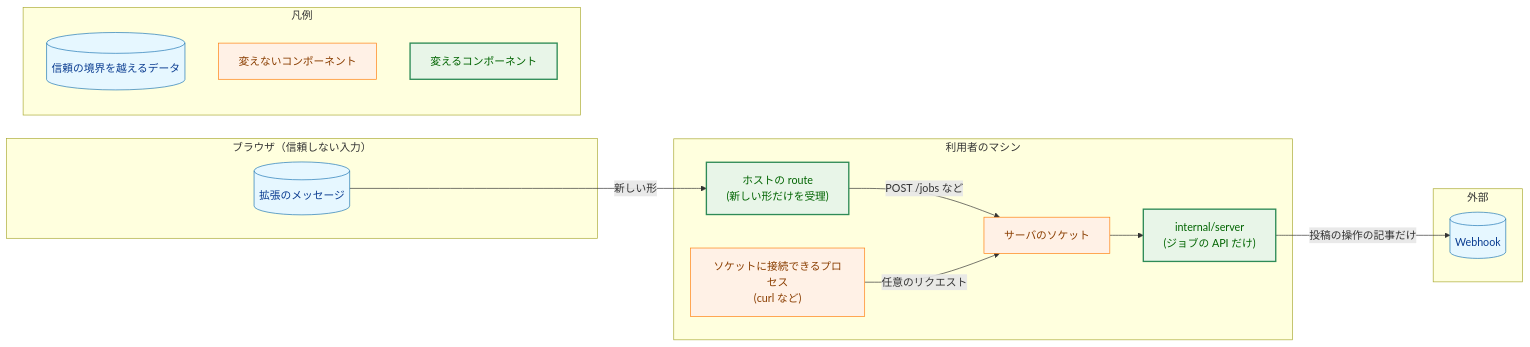
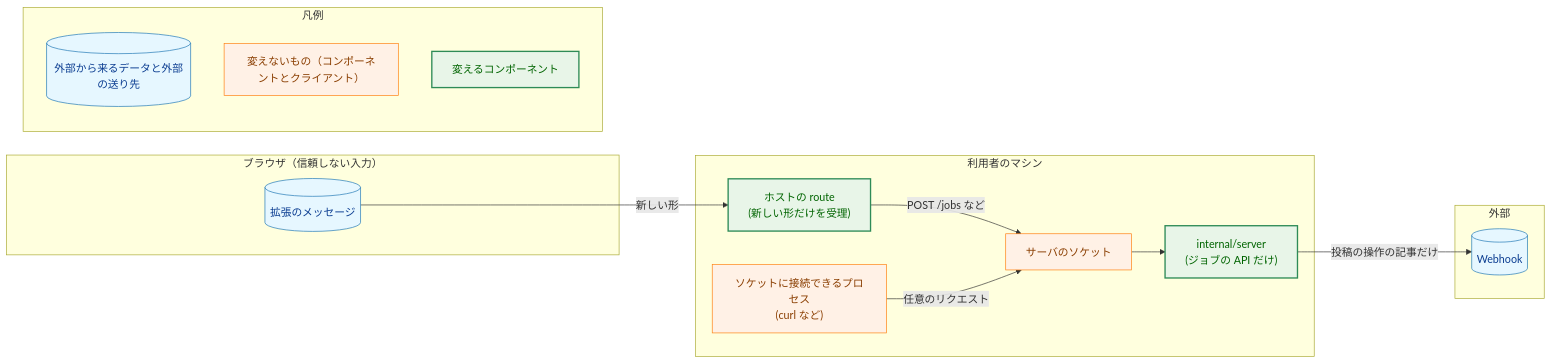
One commit to isseis/yt2column changed the fourth of 6 diagrams in docs/tasks/0059_remove_legacy_articles_api/02_architecture.md. Above: the diagram before and after it, drawn with Mermaid. The commit also changed other lines of this file, not shown here.

First line of the commit message:
docs(0059): address the architecture review findings

````diff
--- a/docs/tasks/0059_remove_legacy_articles_api/02_architecture.md
+++ b/docs/tasks/0059_remove_legacy_articles_api/02_architecture.md
@@ -349,38 +367,38 @@
 ```mermaid
 flowchart LR
     classDef data fill:#e6f7ff,stroke:#1f77b4,stroke-width:1px,color:#0b3d91;
     classDef process fill:#fff1e6,stroke:#ff7f0e,stroke-width:1px,color:#8a3e00;
     classDef enhanced fill:#e8f5e8,stroke:#2e8b57,stroke-width:2px,color:#006400;
 
     subgraph Browser["ブラウザ（信頼しない入力）"]
         MSG[("拡張のメッセージ")]
     end
     subgraph Local["利用者のマシン"]
         HOST["ホストの route<br>(新しい形だけを受理)"]
         SOCK["サーバのソケット"]
         SRV["internal/server<br>(ジョブの API だけ)"]
         CURL["ソケットに接続できるプロセス<br>(curl など)"]
     end
     subgraph External["外部"]
         HOOK[("Webhook")]
     end
 
     MSG -->|"新しい形"| HOST
     HOST -->|"POST /jobs など"| SOCK
     CURL -->|"任意のリクエスト"| SOCK
     SOCK --> SRV
     SRV -->|"投稿の操作の記事だけ"| HOOK
 
     class MSG,HOOK data
     class SOCK,CURL process
     class HOST,SRV enhanced
 
     subgraph Legend["凡例"]
-        L1[("信頼の境界を越えるデータ")]
-        L2["変えないコンポーネント"]
+        L1[("外部から来るデータと外部の送り先")]
+        L2["変えないもの（コンポーネントとクライアント）"]
         L3["変えるコンポーネント"]
     end
     class L1 data
     class L2 process
     class L3 enhanced
 ```
````
